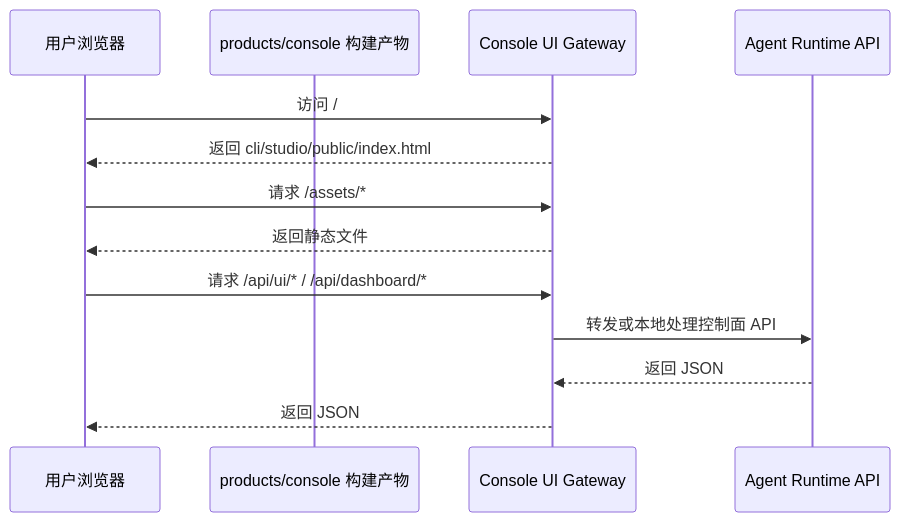
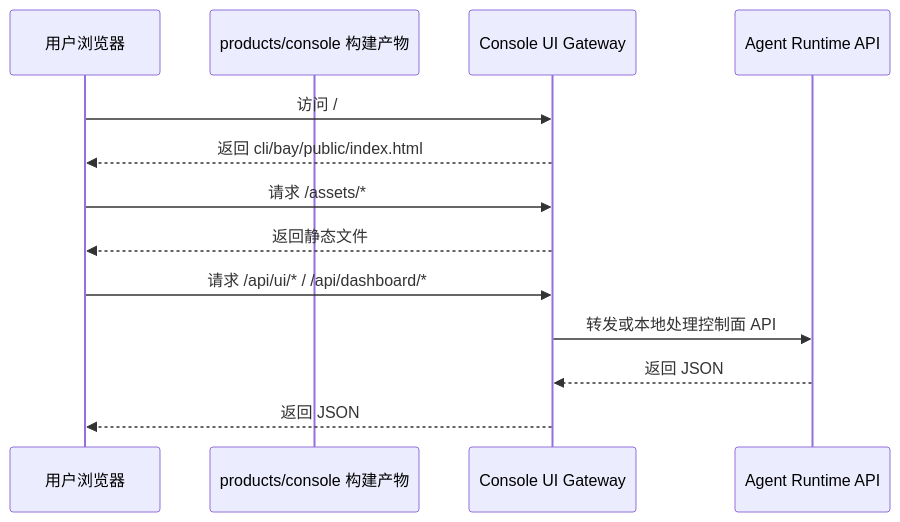
The diagram in homepage/content/devdocs/zh/console-ui/build-and-runtime.mdx (wangenius/downcity), drawn with Mermaid before and after one commit. The commit also changed other lines of this file and 299 other files, not shown here.

Commit message:
feat(city): rename studio domain to bay

````diff
--- a/homepage/content/devdocs/zh/console-ui/build-and-runtime.mdx
+++ b/homepage/content/devdocs/zh/console-ui/build-and-runtime.mdx
@@ -75,16 +75,16 @@
 ```mermaid
 sequenceDiagram
   participant U as 用户浏览器
   participant C as products/console 构建产物
   participant G as Console UI Gateway
   participant R as Agent Runtime API
 
   U->>G: 访问 /
-  G-->>U: 返回 cli/studio/public/index.html
+  G-->>U: 返回 cli/bay/public/index.html
   U->>G: 请求 /assets/*
   G-->>U: 返回静态文件
   U->>G: 请求 /api/ui/* / /api/dashboard/*
   G->>R: 转发或本地处理控制面 API
   R-->>G: 返回 JSON
   G-->>U: 返回 JSON
 ```
````
